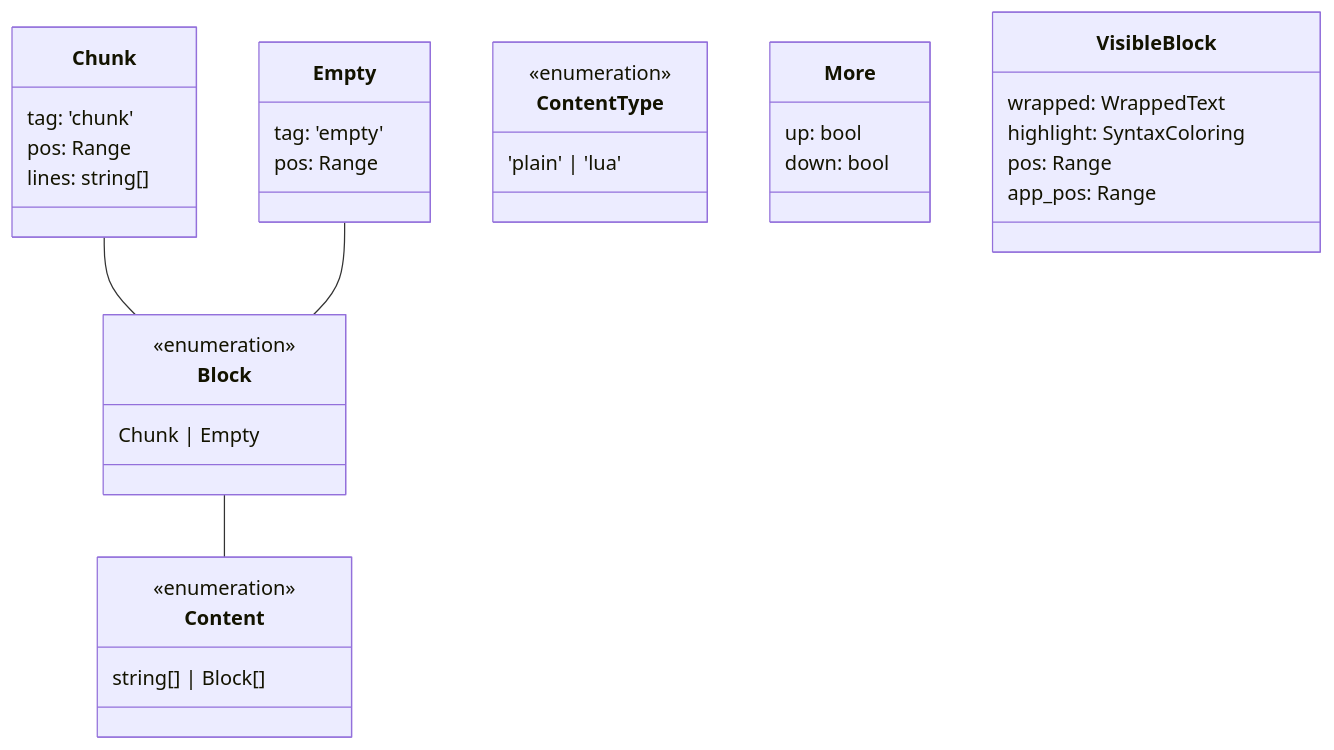
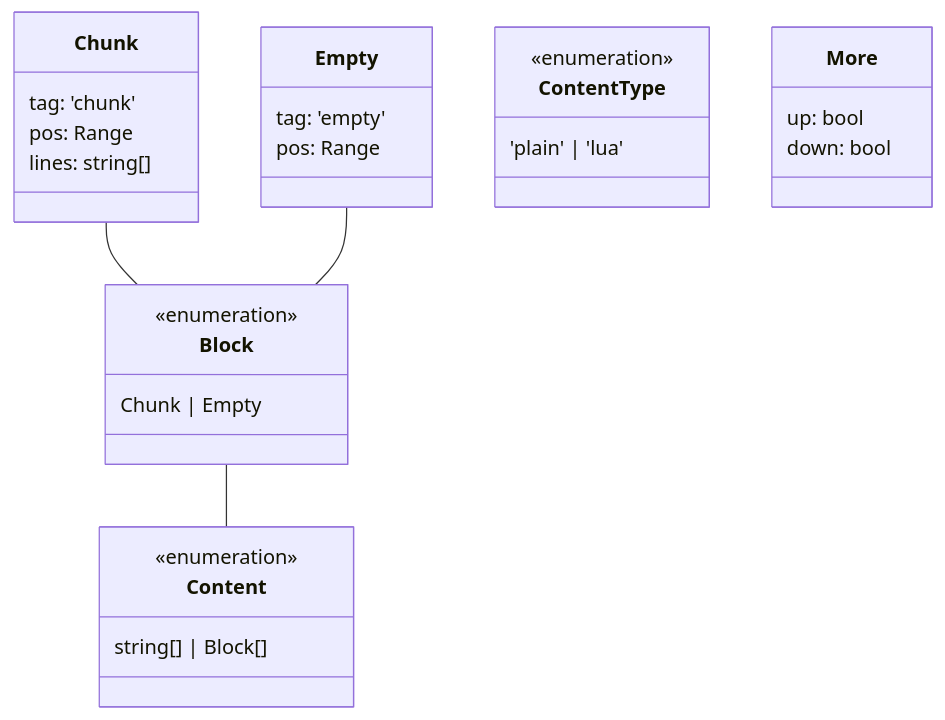
Before and after one commit to nagydani/loveputer: the first of 5 diagrams in doc/mermaid/editor.md, drawn with Mermaid. The commit also changed other lines of this file, not shown here.

````diff
--- a/doc/mermaid/editor.md
+++ b/doc/mermaid/editor.md
@@ -3,42 +3,35 @@
 ```mermaid
 classDiagram
 
 class Empty {
   tag: 'empty'
   pos: Range
 }
 class Chunk {
   tag: 'chunk'
   pos: Range
   lines: string[]
 }
 class Block {
 <<enumeration>>
   Chunk | Empty
 }
 Chunk -- Block
 Empty -- Block
 
 
 class Content {
 <<enumeration>>
   string[] | Block[]
 }
 Block -- Content
 class ContentType {
 <<enumeration>>
   'plain' | 'lua'
 }
 
 class More {
   up: bool
   down: bool
 }
-
-class VisibleBlock {
-  wrapped: WrappedText
-  highlight: SyntaxColoring
-  pos: Range
-  app_pos: Range
-}
 ```
````
